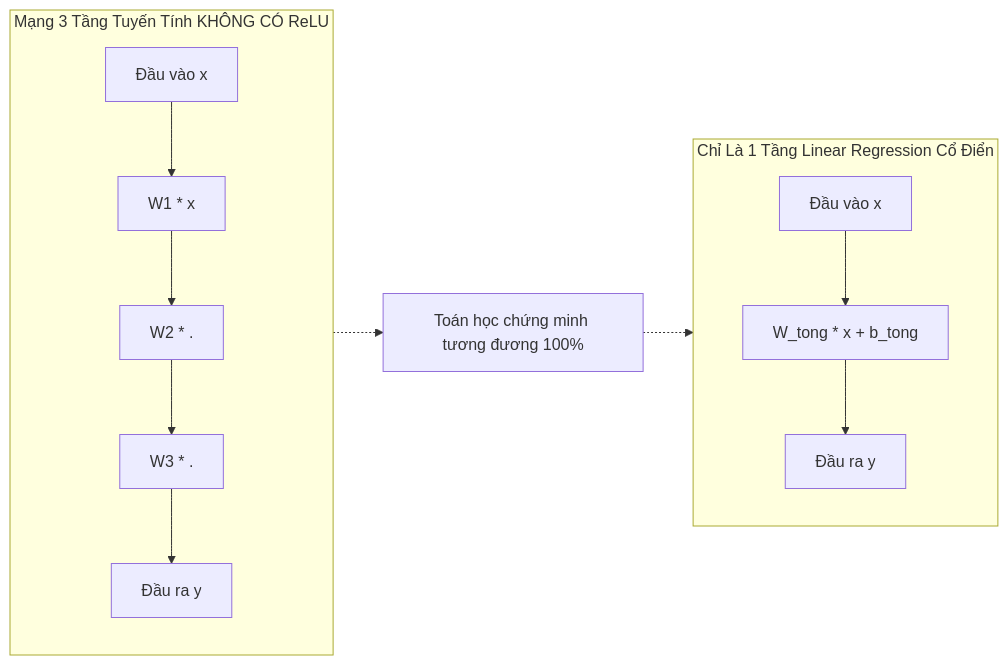
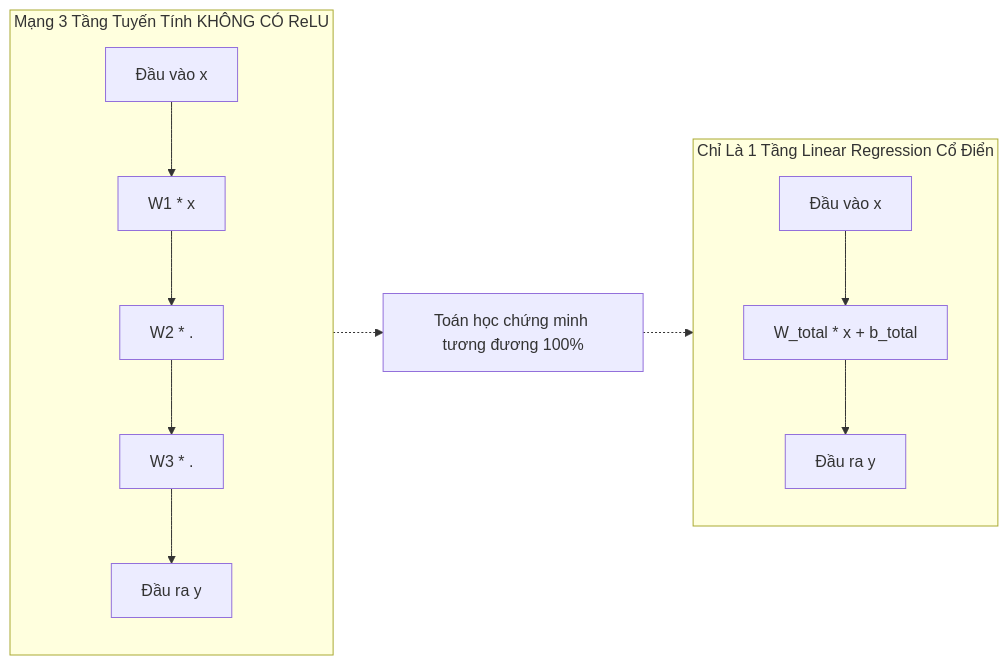
Before and after one commit to snowflake-vibing/Project-Experimental-TiDE: the fourth of 5 diagrams in doc/glossary/relu.md, drawn with Mermaid. The commit also changed other lines of this file, not shown here.

````diff
--- a/doc/glossary/relu.md
+++ b/doc/glossary/relu.md
@@ -131,14 +133,14 @@
 ```mermaid
 flowchart LR
     subgraph MangSauGiaTao ["Mạng 3 Tầng Tuyến Tính KHÔNG CÓ ReLU"]
         X["Đầu vào x"] --> L1["W1 * x"] --> L2["W2 * ."] --> L3["W3 * ."] --> Y1["Đầu ra y"]
     end
 
     Equivalent["Toán học chứng minh tương đương 100%"]
 
     subgraph MotTangDuyNhat ["Chỉ Là 1 Tầng Linear Regression Cổ Điển"]
-        X2["Đầu vào x"] --> LAll["W_tong * x + b_tong"] --> Y2["Đầu ra y"]
+        X2["Đầu vào x"] --> LAll["W_total * x + b_total"] --> Y2["Đầu ra y"]
     end
 
     MangSauGiaTao -.-> Equivalent -.-> MotTangDuyNhat
 ```
````
